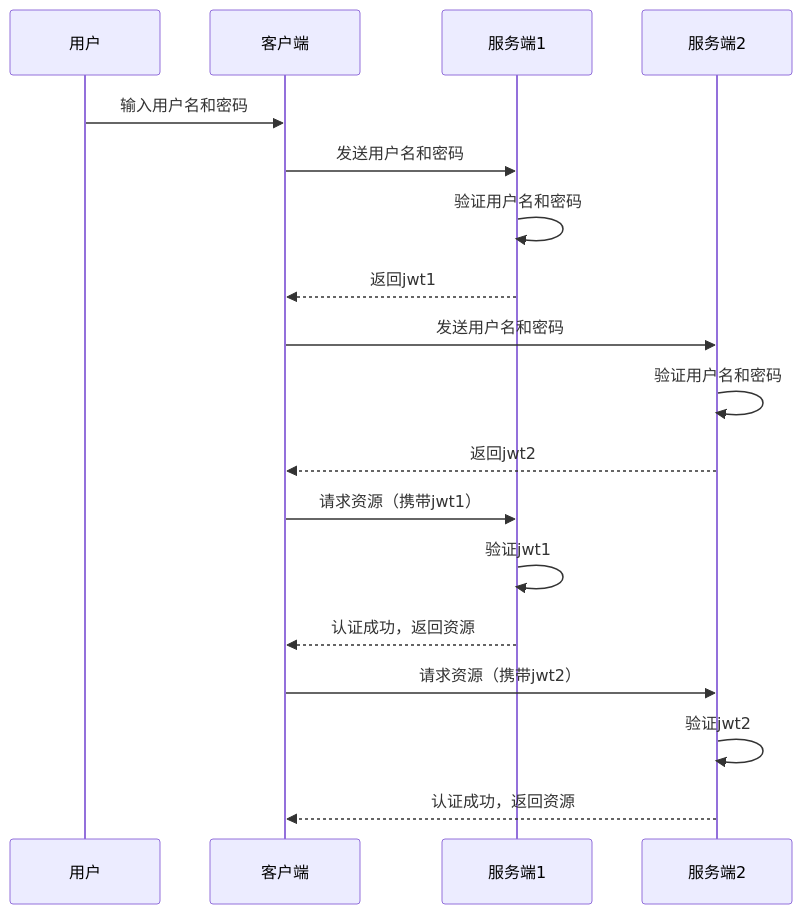
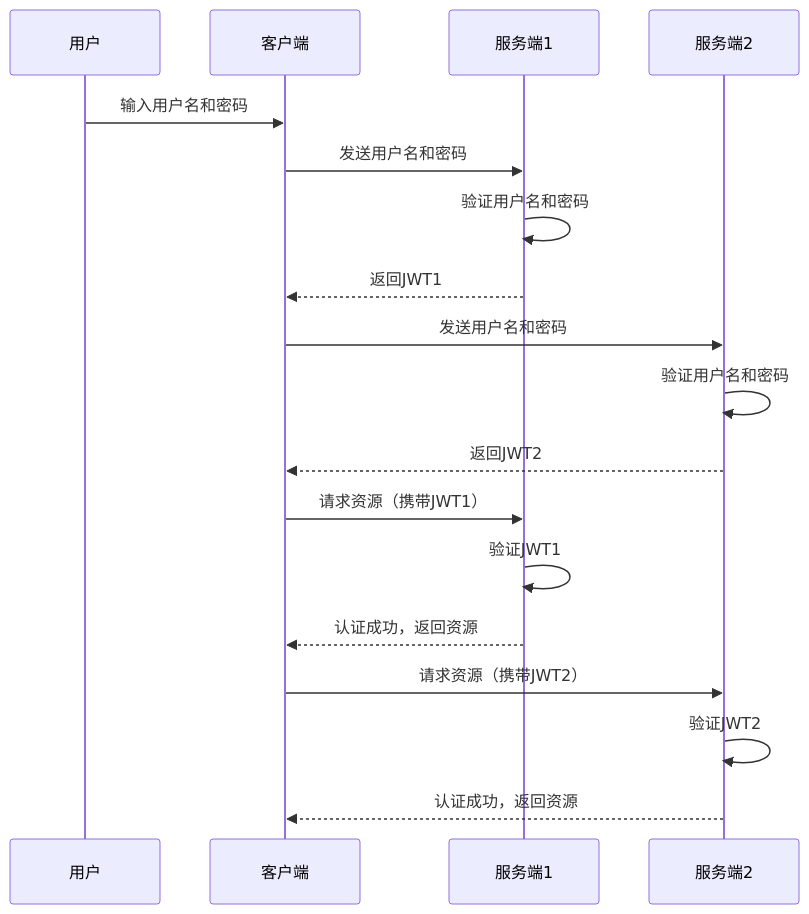
Before and after one commit to xunbu/notes: the fifth of 8 diagrams in 互联网认证授权机制/互联网认证授权机制.md, drawn with Mermaid. The commit also changed other lines of this file, not shown here.

````diff
--- a/互联网认证授权机制/互联网认证授权机制.md
+++ b/互联网认证授权机制/互联网认证授权机制.md
@@ -86,20 +120,20 @@
 ```mermaid
 sequenceDiagram
 participant 用户
 participant 客户端
 participant 服务端1
 participant 服务端2
 用户->>客户端: 输入用户名和密码
 客户端->>服务端1: 发送用户名和密码
 服务端1->>服务端1: 验证用户名和密码
-服务端1-->>客户端: 返回jwt1
+服务端1-->>客户端: 返回JWT1
 客户端->>服务端2: 发送用户名和密码
 服务端2->>服务端2: 验证用户名和密码
-服务端2-->>客户端: 返回jwt2
-客户端->>服务端1: 请求资源（携带jwt1）
-服务端1->>服务端1: 验证jwt1
+服务端2-->>客户端: 返回JWT2
+客户端->>服务端1: 请求资源（携带JWT1）
+服务端1->>服务端1: 验证JWT1
 服务端1-->>客户端: 认证成功，返回资源
-客户端->>服务端2: 请求资源（携带jwt2）
-服务端2->>服务端2: 验证jwt2
+客户端->>服务端2: 请求资源（携带JWT2）
+服务端2->>服务端2: 验证JWT2
 服务端2-->>客户端: 认证成功，返回资源
 ```
````
